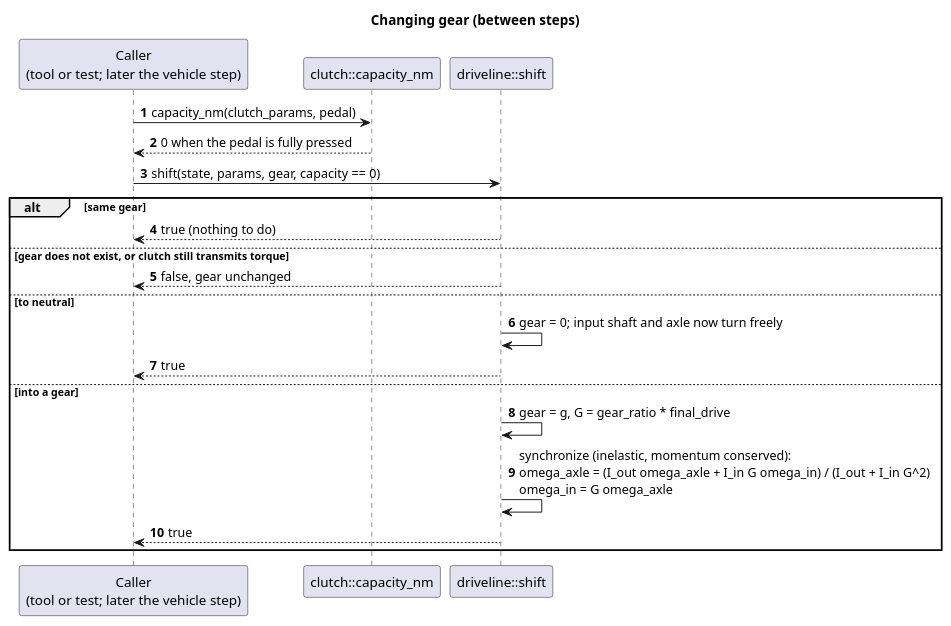
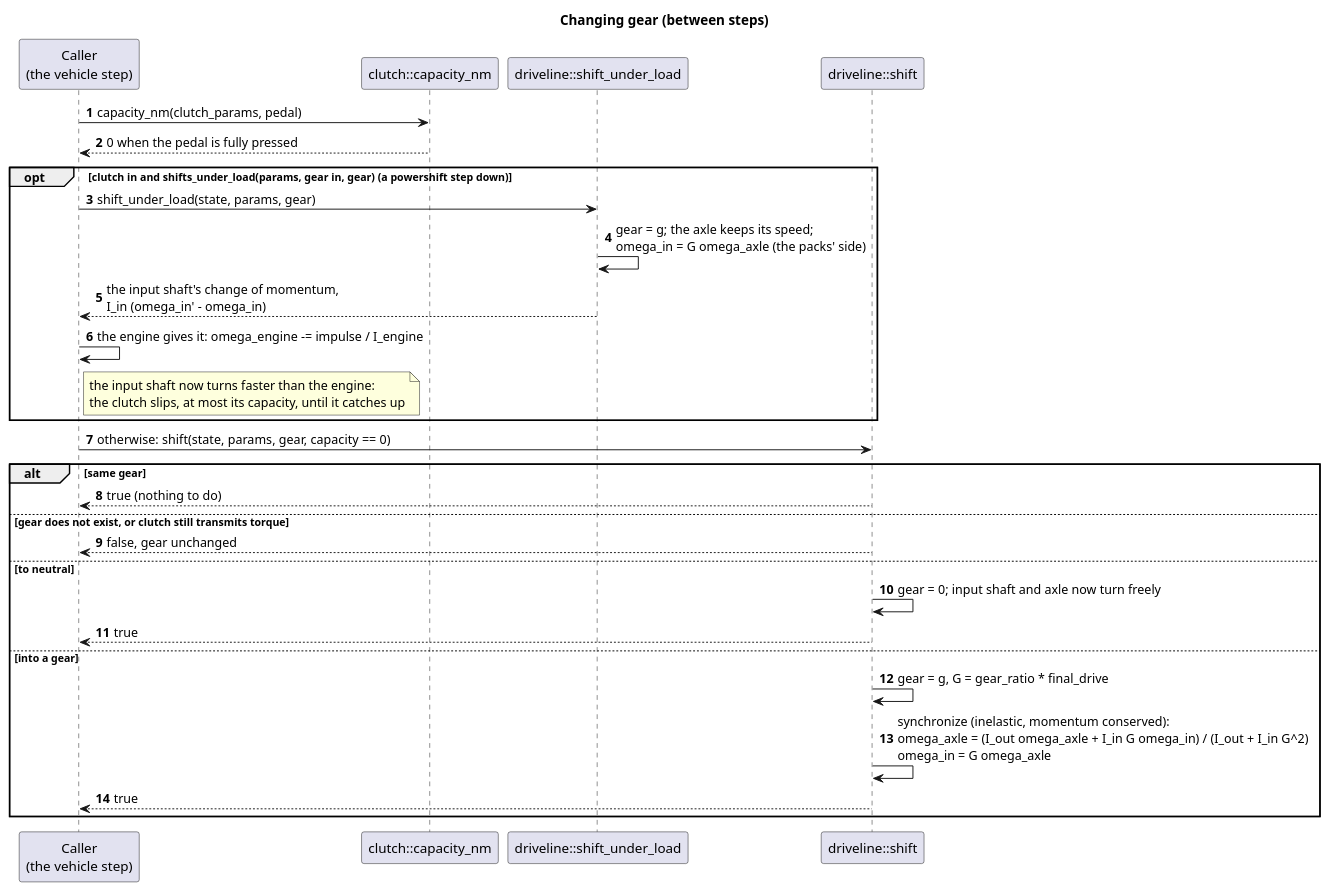
The diagram in docs/diagrams/gear_shift_sequence.puml (wversteeg/TractorPulling), drawn with PlantUML before and after one commit. The commit also changed 14 other files, not shown here.

```diff
--- a/docs/diagrams/gear_shift_sequence.puml
+++ b/docs/diagrams/gear_shift_sequence.puml
@@ -1,23 +1,31 @@
 @startuml gear_shift_sequence
 title Changing gear (between steps)
 autonumber
-participant "Caller\n(tool or test; later the vehicle step)" as Caller
+participant "Caller\n(the vehicle step)" as Caller
 participant "clutch::capacity_nm" as Capacity
+participant "driveline::shift_under_load" as Load
 participant "driveline::shift" as Shift
 
 Caller -> Capacity : capacity_nm(clutch_params, pedal)
 Capacity --> Caller : 0 when the pedal is fully pressed
-Caller -> Shift : shift(state, params, gear, capacity == 0)
+opt clutch in and shifts_under_load(params, gear in, gear) (a powershift step down)
+  Caller -> Load : shift_under_load(state, params, gear)
+  Load -> Load : gear = g; the axle keeps its speed;\nomega_in = G omega_axle (the packs' side)
+  Load --> Caller : the input shaft's change of momentum,\nI_in (omega_in' - omega_in)
+  Caller -> Caller : the engine gives it: omega_engine -= impulse / I_engine
+  note right of Caller : the input shaft now turns faster than the engine:\nthe clutch slips, at most its capacity, until it catches up
+end
+Caller -> Shift : otherwise: shift(state, params, gear, capacity == 0)
 alt same gear
   Shift --> Caller : true (nothing to do)
 else gear does not exist, or clutch still transmits torque
   Shift --> Caller : false, gear unchanged
 else to neutral
   Shift -> Shift : gear = 0; input shaft and axle now turn freely
   Shift --> Caller : true
 else into a gear
   Shift -> Shift : gear = g, G = gear_ratio * final_drive
   Shift -> Shift : synchronize (inelastic, momentum conserved):\nomega_axle = (I_out omega_axle + I_in G omega_in) / (I_out + I_in G^2)\nomega_in = G omega_axle
   Shift --> Caller : true
 end
 @enduml
```
